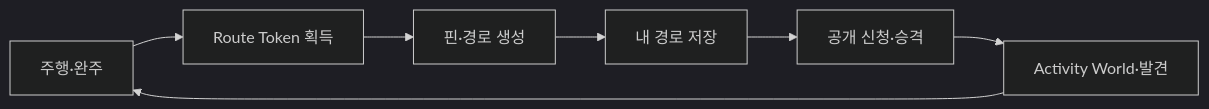
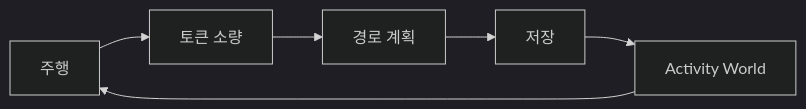
One commit to parkstery/boxcycle changed the second of 2 diagrams in document/260518-Route-Token-경제-설계.md. Above: the diagram before and after it, drawn with Mermaid (dark theme). The commit also changed other lines of this file and 1 other file, not shown here.

Commit message:
docs: align Route Token plan with exercise-first advisory

````diff
--- a/document/260518-Route-Token-경제-설계.md
+++ b/document/260518-Route-Token-경제-설계.md
@@ -45,9 +114,8 @@
 ```mermaid
 flowchart LR
-  Ride[주행·완주] --> Earn[Route Token 획득]
-  Earn --> Plan[핀·경로 생성]
-  Plan --> Save[내 경로 저장]
-  Save --> Pub[공개 신청·승격]
-  Pub --> Discover[Activity World·발견]
-  Discover --> Ride
+  Ride2[주행] --> Earn2[토큰 소량]
+  Earn2 --> Plan[경로 계획]
+  Plan --> Save[저장]
+  Save --> Discover[Activity World]
+  Discover --> Ride2
 ```
````
